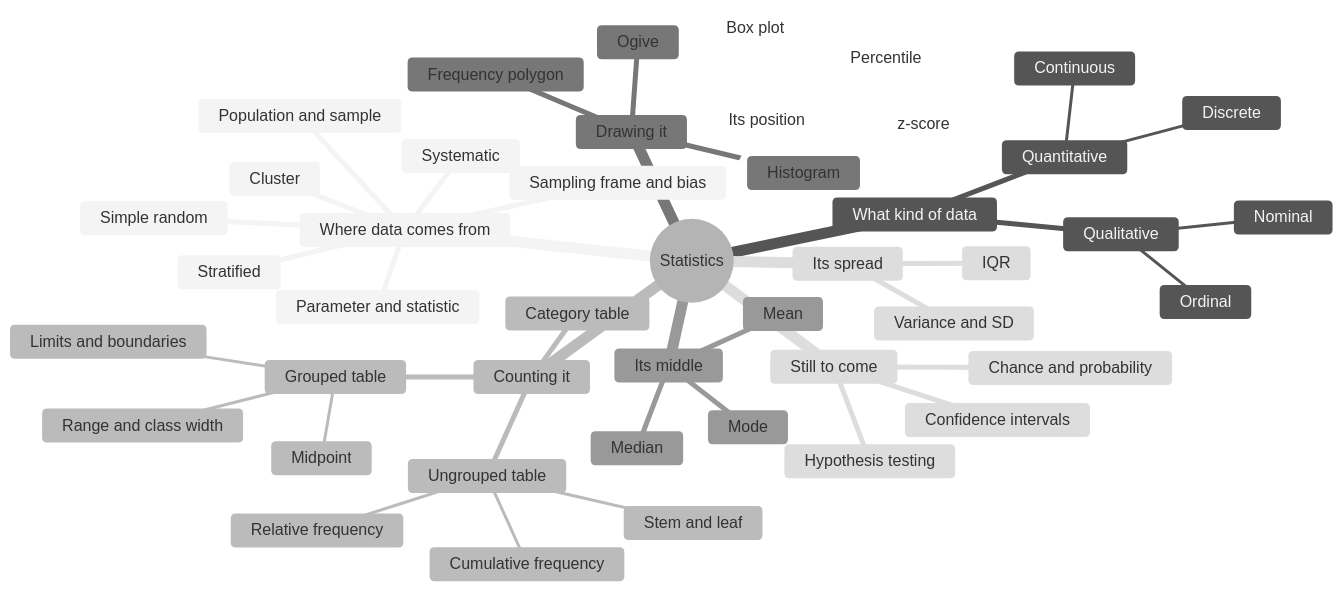
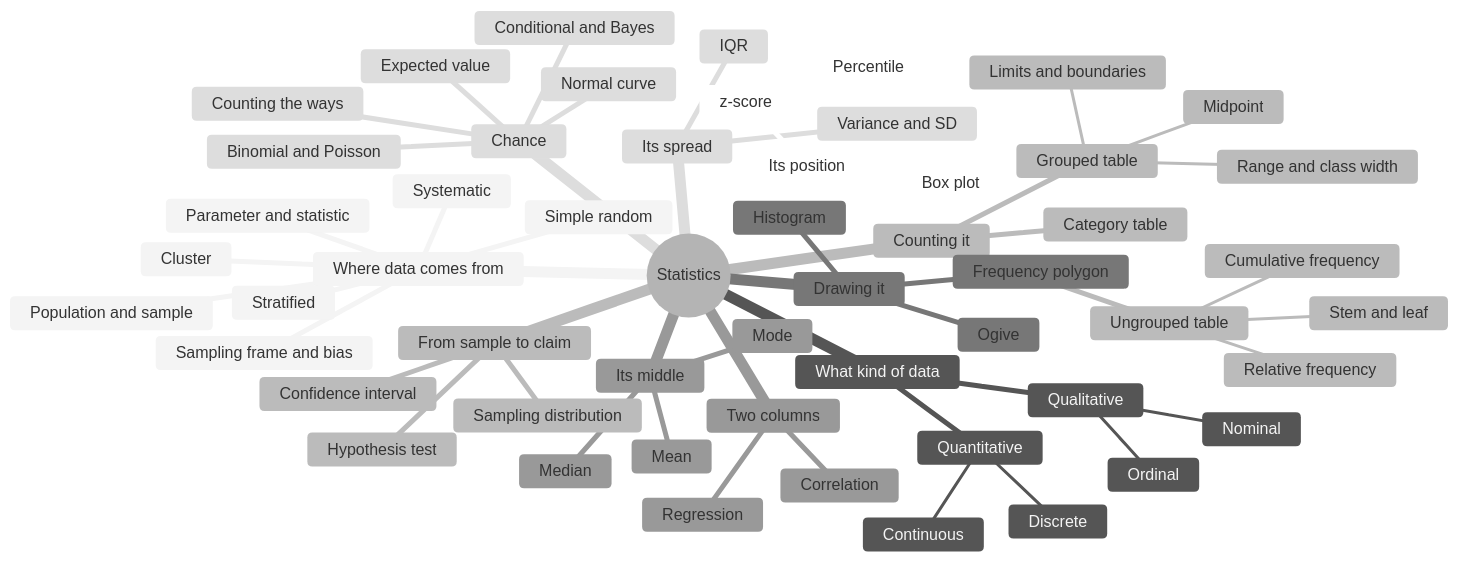
The first of 2 diagrams in fields/data-science/probability-statistics/the-map-of-leaf-and-kettle.md (AhmedYousriSobhi/aCupOfTea), drawn with Mermaid (neutral theme) before and after one commit. The commit also changed other lines of this file and 28 other files, not shown here.

````diff
--- a/fields/data-science/probability-statistics/the-map-of-leaf-and-kettle.md
+++ b/fields/data-science/probability-statistics/the-map-of-leaf-and-kettle.md
@@ -58,48 +58,57 @@
 ```mermaid
 mindmap
   root((Statistics))
     Where data comes from
       Population and sample
       Parameter and statistic
       Sampling frame and bias
       Simple random
       Systematic
       Stratified
       Cluster
     What kind of data
       Qualitative
         Nominal
         Ordinal
       Quantitative
         Discrete
         Continuous
     Counting it
       Category table
       Ungrouped table
         Relative frequency
         Cumulative frequency
         Stem and leaf
       Grouped table
         Range and class width
         Limits and boundaries
         Midpoint
     Drawing it
       Histogram
       Frequency polygon
       Ogive
     Its middle
       Mean
       Median
       Mode
     Its spread
       Variance and SD
       IQR
     Its position
       Percentile
       z-score
       Box plot
-    Still to come
-      Chance and probability
-      Confidence intervals
-      Hypothesis testing
+    Chance
+      Counting the ways
+      Conditional and Bayes
+      Expected value
+      Binomial and Poisson
+      Normal curve
+    From sample to claim
+      Sampling distribution
+      Confidence interval
+      Hypothesis test
+    Two columns
+      Correlation
+      Regression
 ```
````
